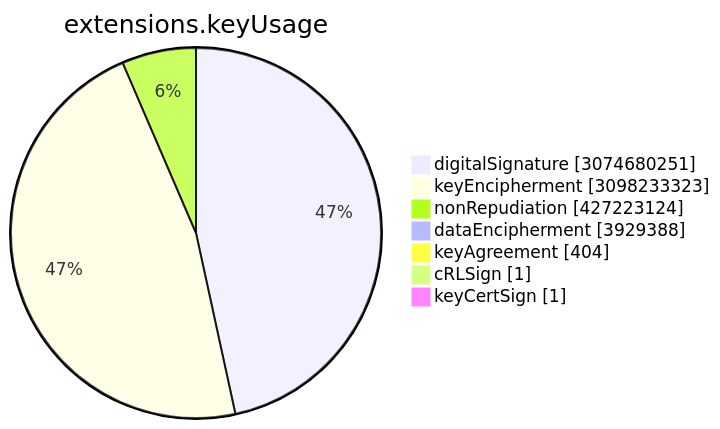
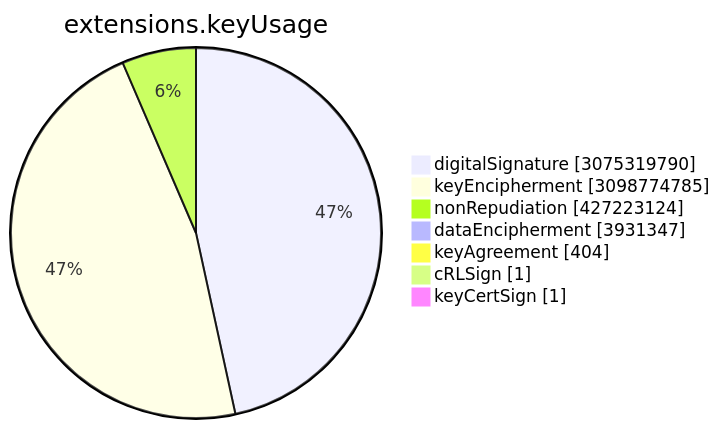
Before and after one commit to christiankrug/ctmonitor_visualization: the sixth of 15 diagrams in TOTAL/README.md, drawn with Mermaid. The commit also changed other lines of this file, not shown here.

````diff
--- a/TOTAL/README.md
+++ b/TOTAL/README.md
@@ -3077,11 +3077,11 @@
 ```mermaid
 pie showData
 title extensions.keyUsage
-"digitalSignature" :3074680251
-"keyEncipherment" :3098233323
+"digitalSignature" :3075319790
+"keyEncipherment" :3098774785
 "nonRepudiation" :427223124
-"dataEncipherment" :3929388
+"dataEncipherment" :3931347
 "keyAgreement" :404
 "cRLSign" :1
 "keyCertSign" :1
 ```
````
